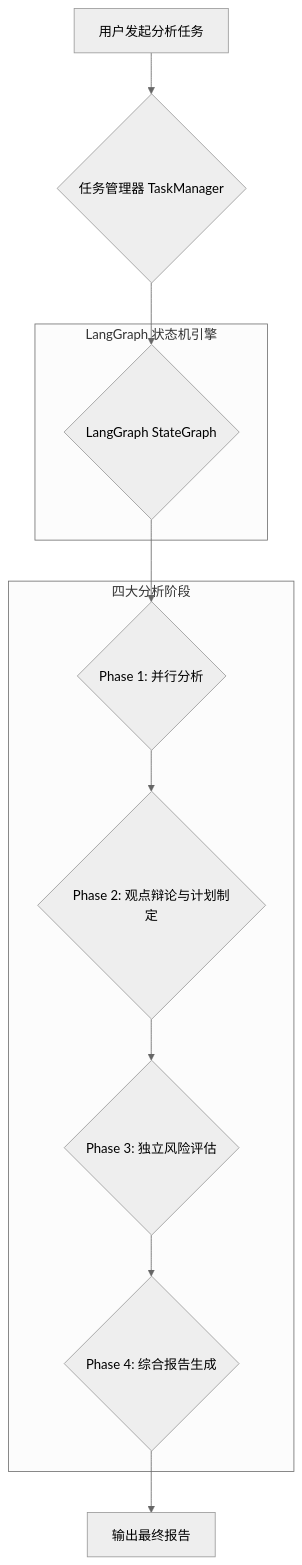
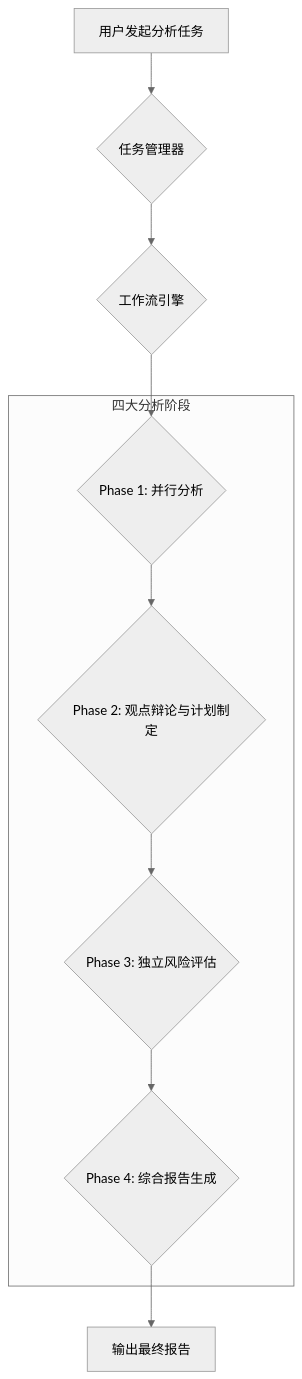
One commit to BG8CFB/StockAnalysis changed the first of 5 diagrams in docs/TradingAgents/TradingAgents业务流程.md. Above: the diagram before and after it, drawn with Mermaid (neutral theme). The commit also changed other lines of this file and 25 other files, not shown here.

````diff
--- a/docs/TradingAgents/TradingAgents业务流程.md
+++ b/docs/TradingAgents/TradingAgents业务流程.md
@@ -28,21 +72,17 @@
 ```mermaid
 graph TD
-    A[用户发起分析任务] --> B{任务管理器 TaskManager};
-    B --> C{LangGraph StateGraph};
+    A[用户发起分析任务] --> B{任务管理器};
+    B --> C{工作流引擎};
     C --> D{Phase 1: 并行分析};
     D --> E{Phase 2: 观点辩论与计划制定};
     E --> F{Phase 3: 独立风险评估};
     F --> G{Phase 4: 综合报告生成};
     G --> H[输出最终报告];
-
-    subgraph "LangGraph 状态机引擎"
-        C
-    end
 
     subgraph "四大分析阶段"
         D
         E
         F
         G
     end
 ```
````
